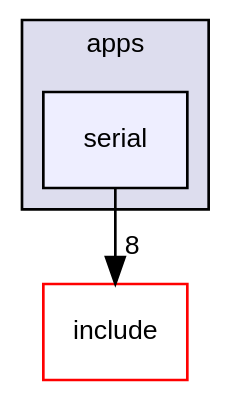
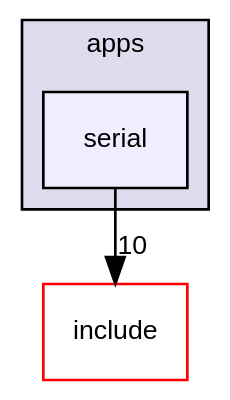
Before and after one commit to luca-heltai/fsi-suite: the diagram in dir_e7245891811a18a2b76d3fc59ab1e2d7_dep.dot, drawn with Graphviz. The commit also changed 573 other files, not shown here.

```diff
--- a/dir_e7245891811a18a2b76d3fc59ab1e2d7_dep.dot
+++ b/dir_e7245891811a18a2b76d3fc59ab1e2d7_dep.dot
@@ -1,12 +1,12 @@
 digraph "apps/serial" {
   bgcolor=transparent;
   compound=true
   node [ fontsize="10", fontname="Helvetica"];
   edge [ labelfontsize="10", labelfontname="Helvetica"];
   subgraph clusterdir_9654b8d08f4bba4e84b362c5fd320bee {
     graph [ bgcolor="#ddddee", pencolor="black", label="apps" fontname="Helvetica", fontsize="10", URL="dir_9654b8d08f4bba4e84b362c5fd320bee.html"]
   dir_e7245891811a18a2b76d3fc59ab1e2d7 [shape=box, label="serial", style="filled", fillcolor="#eeeeff", pencolor="black", URL="dir_e7245891811a18a2b76d3fc59ab1e2d7.html"];
   }
   dir_d44c64559bbebec7f509842c48db8b23 [shape=box label="include" color="red" URL="dir_d44c64559bbebec7f509842c48db8b23.html"];
-  dir_e7245891811a18a2b76d3fc59ab1e2d7->dir_d44c64559bbebec7f509842c48db8b23 [headlabel="8", labeldistance=1.5 headhref="dir_000011_000002.html"];
+  dir_e7245891811a18a2b76d3fc59ab1e2d7->dir_d44c64559bbebec7f509842c48db8b23 [headlabel="10", labeldistance=1.5 headhref="dir_000011_000002.html"];
 }
```
